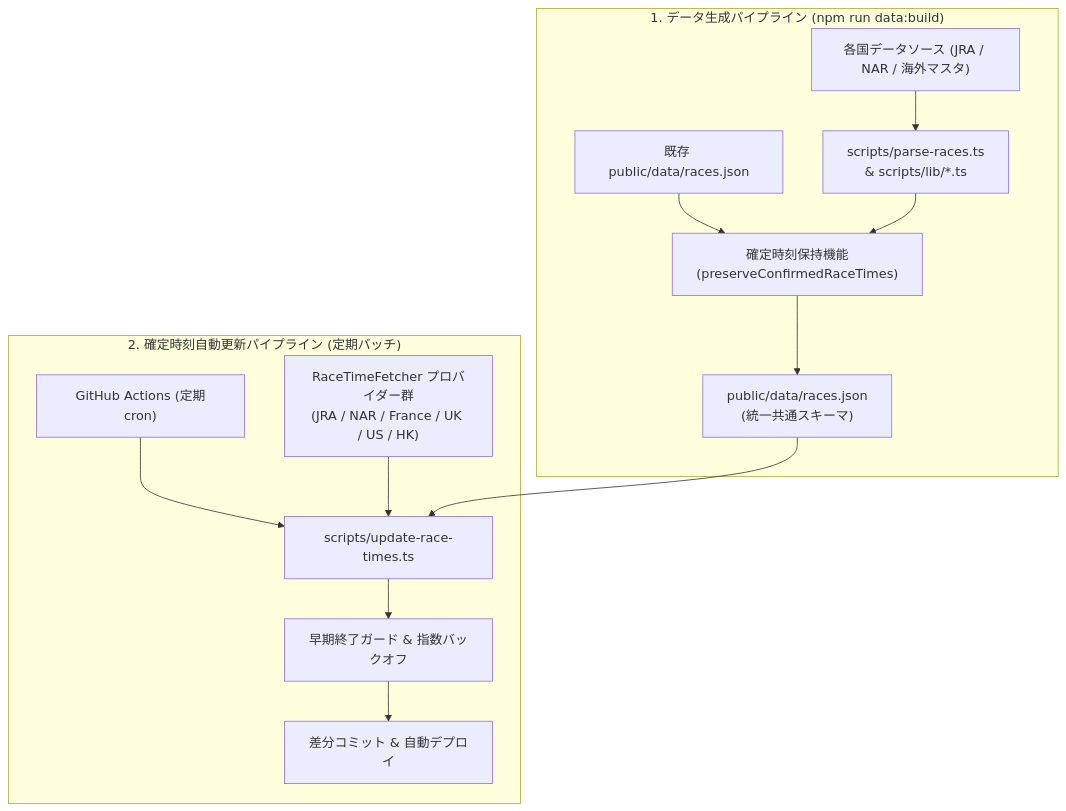
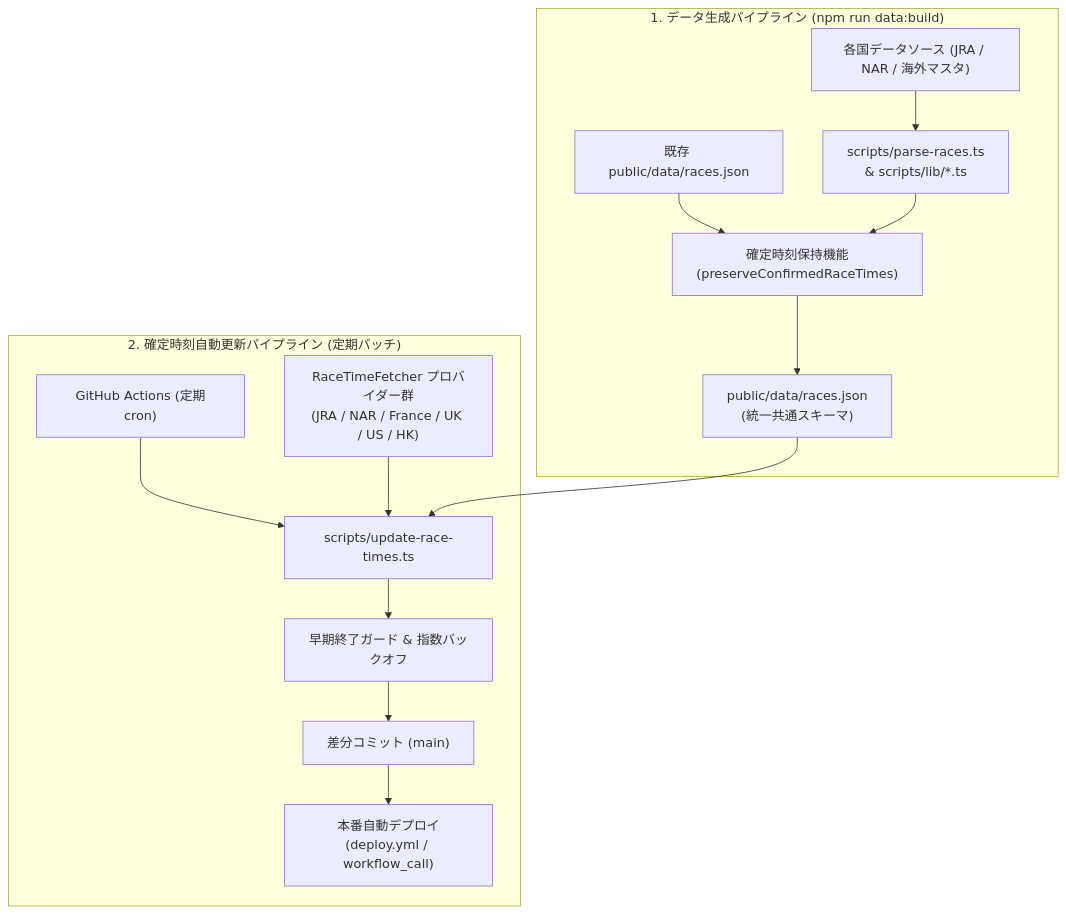
One commit to meshi-z/horse-racing-calender changed the diagram in docs/specs/data-pipeline.md. Above: the diagram before and after it, drawn with Mermaid. The commit also changed 10 other files, not shown here.

````diff
--- a/docs/specs/data-pipeline.md
+++ b/docs/specs/data-pipeline.md
@@ -11,17 +11,18 @@
 ```mermaid
 flowchart TD
     subgraph BuildPipeline["1. データ生成パイプライン (npm run data:build)"]
         Sources["各国データソース (JRA / NAR / 海外マスタ)"] --> ParseScripts["scripts/parse-races.ts<br>& scripts/lib/*.ts"]
         OldRaces["既存 public/data/races.json"] --> Preserve["確定時刻保持機能<br>(preserveConfirmedRaceTimes)"]
         ParseScripts --> Preserve
         Preserve --> OutputRaces["public/data/races.json<br>(統一共通スキーマ)"]
     end
 
     subgraph CronPipeline["2. 確定時刻自動更新パイプライン (定期バッチ)"]
         GitHubActions["GitHub Actions (定期cron)"] --> UpdateScript["scripts/update-race-times.ts"]
         Providers["RaceTimeFetcher プロバイダー群<br>(JRA / NAR / France / UK / US / HK)"] --> UpdateScript
         OutputRaces --> UpdateScript
         UpdateScript --> Guard["早期終了ガード & 指数バックオフ"]
-        Guard --> Commit["差分コミット & 自動デプロイ"]
+        Guard --> Commit["差分コミット (main)"]
+        Commit --> Deploy["本番自動デプロイ<br>(deploy.yml / workflow_call)"]
     end
 ```
````
